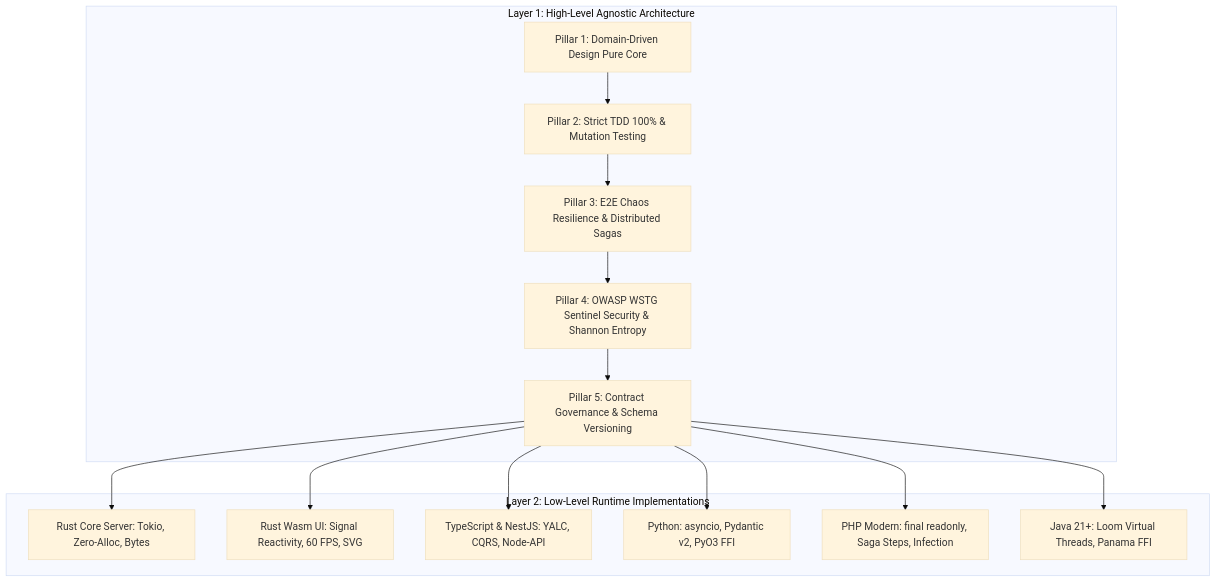
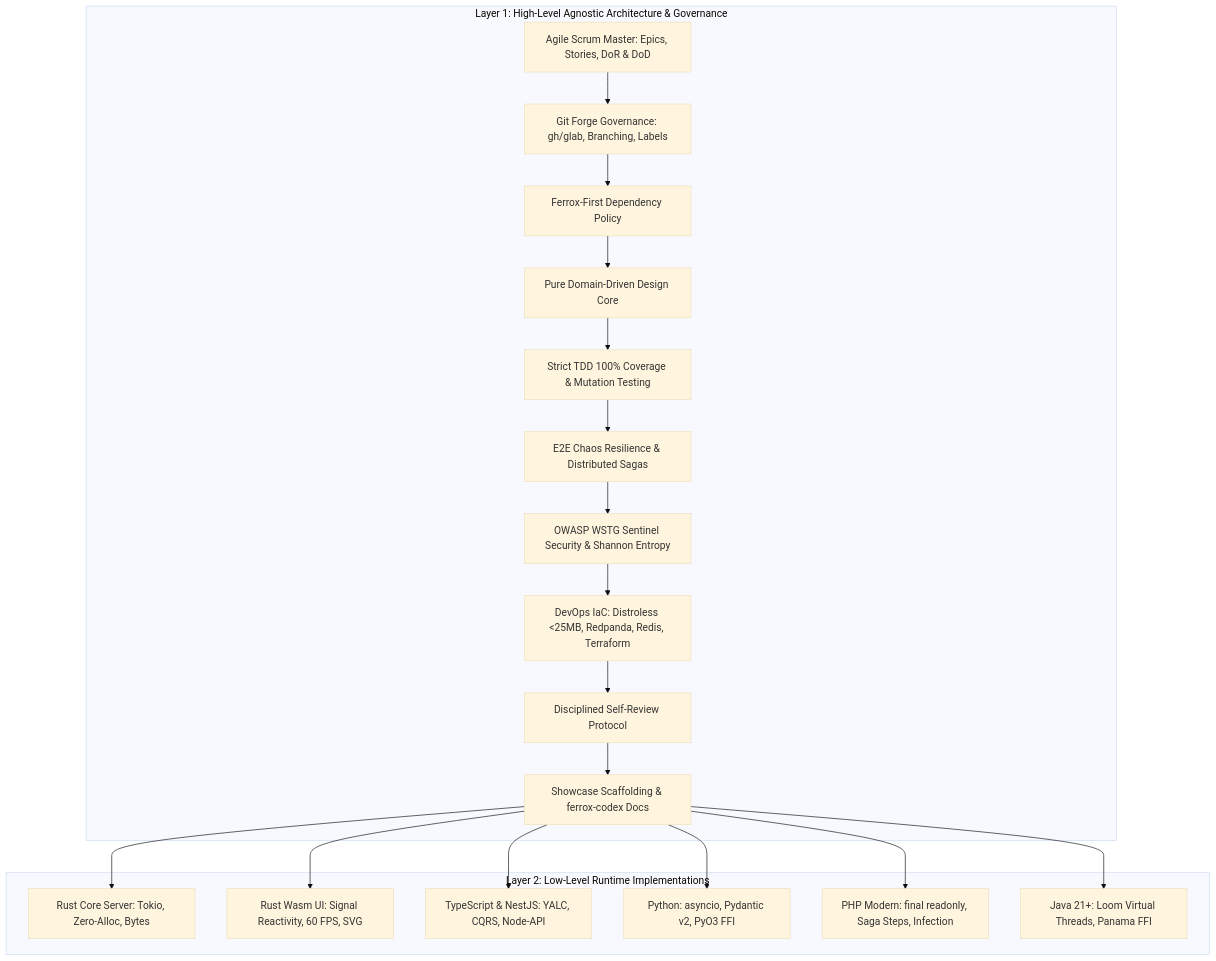
One commit to AI-Autistic-Intelligence/ferrox-agent-toolkit changed the diagram in HANDBOOK.md. Above: the diagram before and after it, drawn with Mermaid (base theme). The commit also changed other lines of this file and 31 other files, not shown here.

Commit message:
feat: add Agile Scrum orchestrator, Ferrox-First policy, DevOps IaC, Git forge governance, and Self-Review skills

````diff
--- a/HANDBOOK.md
+++ b/HANDBOOK.md
@@ -11,20 +11,26 @@
 ```mermaid
 flowchart TD
-    subgraph Layer 1: High-Level Agnostic Architecture
-        DDD[Pillar 1: Domain-Driven Design Pure Core]
-        TDD[Pillar 2: Strict TDD 100% & Mutation Testing]
-        Chaos[Pillar 3: E2E Chaos Resilience & Distributed Sagas]
-        Sec[Pillar 4: OWASP WSTG Sentinel Security & Shannon Entropy]
-        Gov[Pillar 5: Contract Governance & Schema Versioning]
-        DDD --> TDD --> Chaos --> Sec --> Gov
+    subgraph Layer 1: High-Level Agnostic Architecture & Governance
+        Scrum[Agile Scrum Master: Epics, Stories, DoR & DoD]
+        Forge[Git Forge Governance: gh/glab, Branching, Labels]
+        Dep[Ferrox-First Dependency Policy]
+        DDD[Pure Domain-Driven Design Core]
+        TDD[Strict TDD 100% Coverage & Mutation Testing]
+        Chaos[E2E Chaos Resilience & Distributed Sagas]
+        Sec[OWASP WSTG Sentinel Security & Shannon Entropy]
+        DevOps[DevOps IaC: Distroless <25MB, Redpanda, Redis, Terraform]
+        Review[Disciplined Self-Review Protocol]
+        Showcase[Showcase Scaffolding & ferrox-codex Docs]
+
+        Scrum --> Forge --> Dep --> DDD --> TDD --> Chaos --> Sec --> DevOps --> Review --> Showcase
     end
 
     subgraph Layer 2: Low-Level Runtime Implementations
-        Gov --> Rust[Rust Core Server: Tokio, Zero-Alloc, Bytes]
-        Gov --> Wasm[Rust Wasm UI: Signal Reactivity, 60 FPS, SVG]
-        Gov --> TS[TypeScript & NestJS: YALC, CQRS, Node-API]
-        Gov --> Py[Python: asyncio, Pydantic v2, PyO3 FFI]
-        Gov --> PHP[PHP Modern: final readonly, Saga Steps, Infection]
-        Gov --> Java[Java 21+: Loom Virtual Threads, Panama FFI]
+        Showcase --> Rust[Rust Core Server: Tokio, Zero-Alloc, Bytes]
+        Showcase --> Wasm[Rust Wasm UI: Signal Reactivity, 60 FPS, SVG]
+        Showcase --> TS[TypeScript & NestJS: YALC, CQRS, Node-API]
+        Showcase --> Py[Python: asyncio, Pydantic v2, PyO3 FFI]
+        Showcase --> PHP[PHP Modern: final readonly, Saga Steps, Infection]
+        Showcase --> Java[Java 21+: Loom Virtual Threads, Panama FFI]
     end
 ```
````
